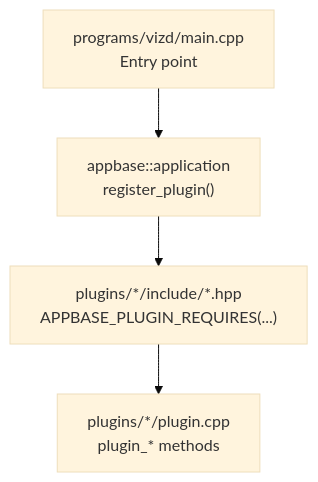
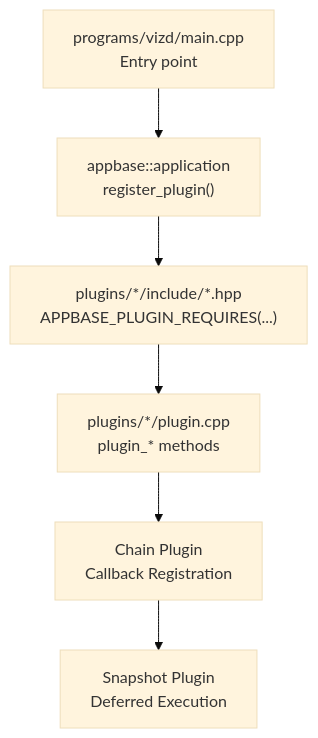
Before and after one commit to VIZ-Blockchain/viz-cpp-node: the first of 6 diagrams in .qoder/repowiki/en/content/Architecture Overview/Plugin Architecture/Plugin Lifecycle and Registration.md, drawn with Mermaid (base theme). The commit also changed other lines of this file and 4 other files, not shown here.

First line of the commit message:
docs(snapshot_plugin): enhance plugin lifecycle and coordination with chain plugin

````diff
--- a/.qoder/repowiki/en/content/Architecture Overview/Plugin Architecture/Plugin Lifecycle and Registration.md
+++ b/.qoder/repowiki/en/content/Architecture Overview/Plugin Architecture/Plugin Lifecycle and Registration.md
@@ -30,6 +45,8 @@
 ```mermaid
 graph TB
 A["programs/vizd/main.cpp<br/>Entry point"] --> B["appbase::application<br/>register_plugin()"]
 B --> C["plugins/*/include/*.hpp<br/>APPBASE_PLUGIN_REQUIRES(...)"]
 C --> D["plugins/*/plugin.cpp<br/>plugin_* methods"]
+D --> E["Chain Plugin<br/>Callback Registration"]
+E --> F["Snapshot Plugin<br/>Deferred Execution"]
 ```
````
